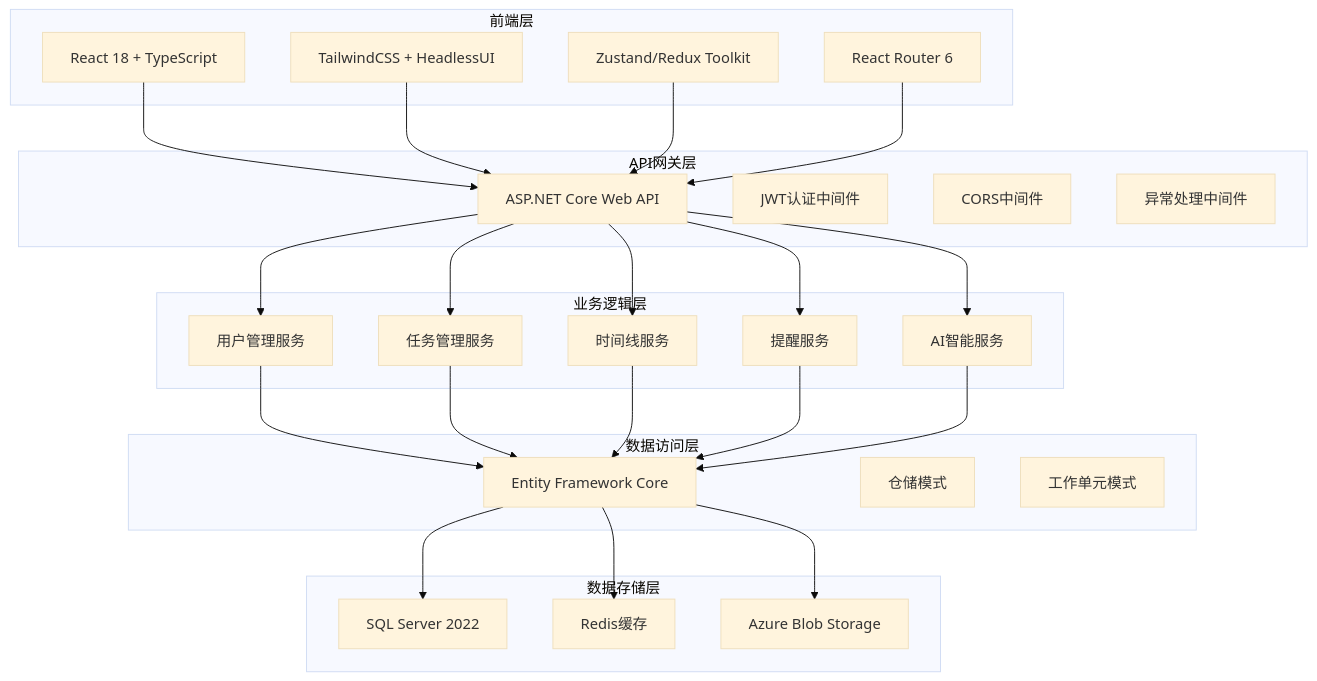
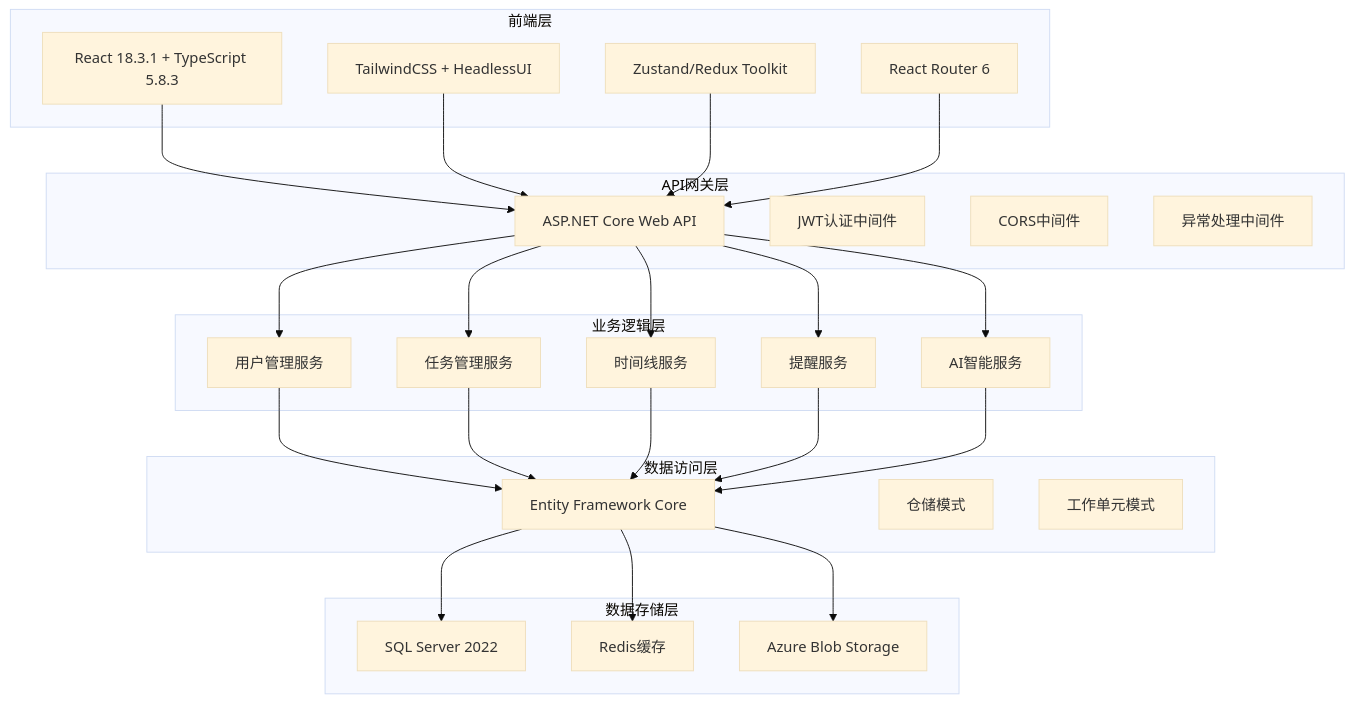
Before and after one commit to AreaSong/ToDoListArea: the diagram in 实施方案/项目实施/技术架构.md, drawn with Mermaid (base theme). The commit also changed other lines of this file and 5 other files, not shown here.

````diff
--- a/实施方案/项目实施/技术架构.md
+++ b/实施方案/项目实施/技术架构.md
@@ -344,57 +342,57 @@
 ```mermaid
 graph TB
     subgraph "前端层"
-        A[React 18 + TypeScript]
+        A[React 18.3.1 + TypeScript 5.8.3]
         B[TailwindCSS + HeadlessUI]
         C[Zustand/Redux Toolkit]
         D[React Router 6]
     end
 
     subgraph "API网关层"
         E[ASP.NET Core Web API]
         F[JWT认证中间件]
         G[CORS中间件]
         H[异常处理中间件]
     end
 
     subgraph "业务逻辑层"
         I[用户管理服务]
         J[任务管理服务]
         K[时间线服务]
         L[提醒服务]
         M[AI智能服务]
     end
 
     subgraph "数据访问层"
         N[Entity Framework Core]
         O[仓储模式]
         P[工作单元模式]
     end
 
     subgraph "数据存储层"
         Q[SQL Server 2022]
         R[Redis缓存]
         S[Azure Blob Storage]
     end
 
     A --> E
     B --> E
     C --> E
     D --> E
 
     E --> I
     E --> J
     E --> K
     E --> L
     E --> M
 
     I --> N
     J --> N
     K --> N
     L --> N
     M --> N
 
     N --> Q
     N --> R
     N --> S
 ```
````
